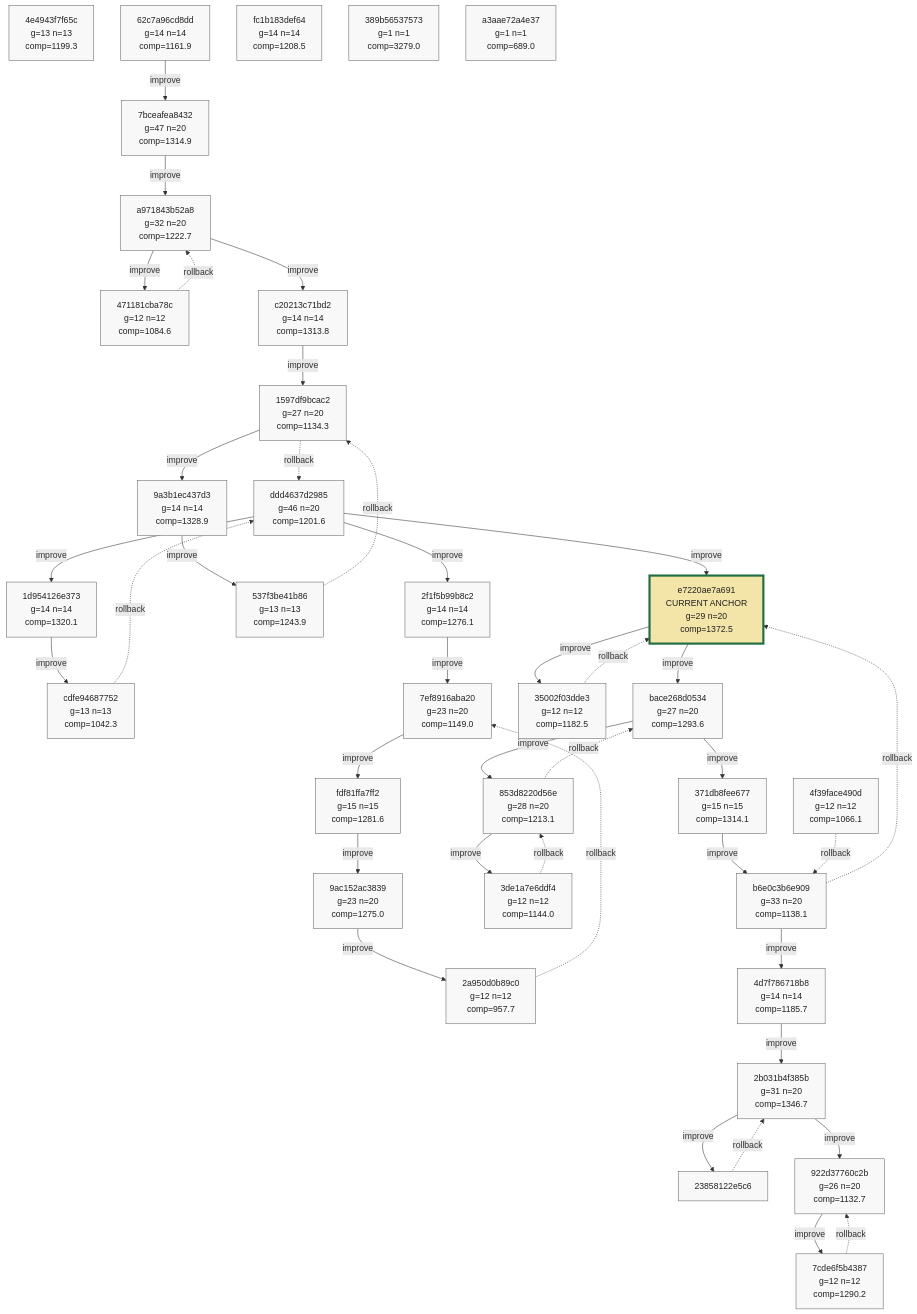
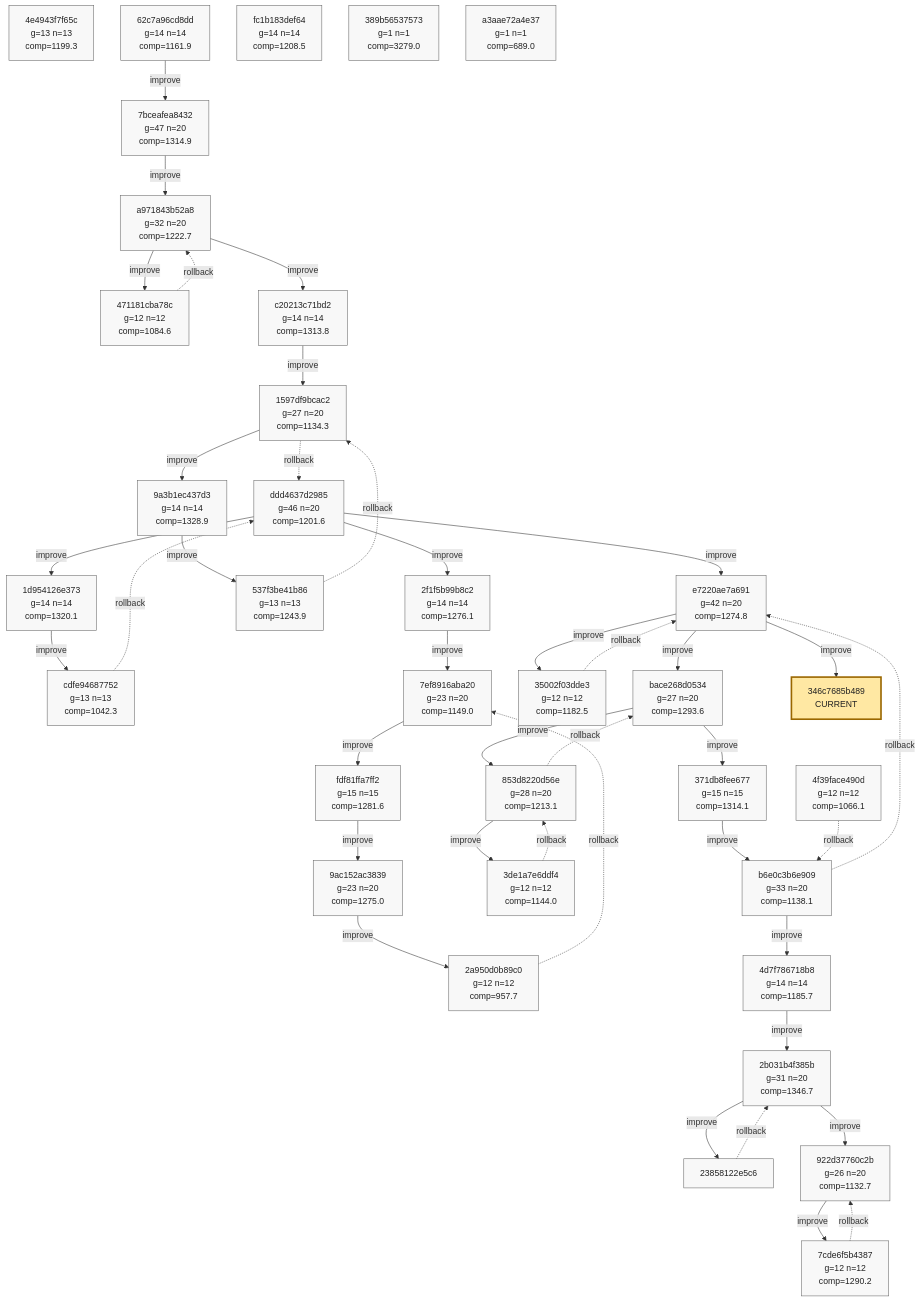
The ninth of 9 diagrams in phyrogenetic-tree.md (azumag/soviet_now), drawn with Mermaid before and after one commit. The commit also changed other lines of this file and 2 other files, not shown here.

Commit message:
eloop Improve after 12 games (scores: 1766 1066 2266 1257 2369 1216 862 694 1583 999 2813 1232)

````diff
--- a/phyrogenetic-tree.md
+++ b/phyrogenetic-tree.md
@@ -2264,7 +2266,7 @@
     h_1597df9bcac2["1597df9bcac2<br/>g=27 n=20<br/>comp=1134.3"]
     h_9a3b1ec437d3["9a3b1ec437d3<br/>g=14 n=14<br/>comp=1328.9"]
     h_537f3be41b86["537f3be41b86<br/>g=13 n=13<br/>comp=1243.9"]
-    h_e7220ae7a691["e7220ae7a691<br/>CURRENT ANCHOR<br/>g=29 n=20<br/>comp=1372.5"]
+    h_e7220ae7a691["e7220ae7a691<br/>g=42 n=20<br/>comp=1274.8"]
     h_35002f03dde3["35002f03dde3<br/>g=12 n=12<br/>comp=1182.5"]
     h_bace268d0534["bace268d0534<br/>g=27 n=20<br/>comp=1293.6"]
     h_853d8220d56e["853d8220d56e<br/>g=28 n=20<br/>comp=1213.1"]
@@ -2280,6 +2282,7 @@
     h_4f39face490d["4f39face490d<br/>g=12 n=12<br/>comp=1066.1"]
     h_389b56537573["389b56537573<br/>g=1 n=1<br/>comp=3279.0"]
     h_a3aae72a4e37["a3aae72a4e37<br/>g=1 n=1<br/>comp=689.0"]
+    h_346c7685b489["346c7685b489<br/>CURRENT"]
 
     h_ddd4637d2985 -->|improve| h_1d954126e373
     h_1d954126e373 -->|improve| h_cdfe94687752
@@ -2319,6 +2322,7 @@
     h_7cde6f5b4387 -. rollback .-> h_922d37760c2b
     h_4f39face490d -. rollback .-> h_b6e0c3b6e909
     h_b6e0c3b6e909 -. rollback .-> h_e7220ae7a691
+    h_e7220ae7a691 -->|improve| h_346c7685b489
 
     classDef plain fill:#f8f8f8,stroke:#666,stroke-width:1px,color:#222;
     classDef current fill:#ffe8a3,stroke:#9a6700,stroke-width:3px,color:#222;
@@ -2342,7 +2346,7 @@
     class h_1597df9bcac2 plain;
     class h_9a3b1ec437d3 plain;
     class h_537f3be41b86 plain;
-    class h_e7220ae7a691 current_anchor;
+    class h_e7220ae7a691 plain;
     class h_35002f03dde3 plain;
     class h_bace268d0534 plain;
     class h_853d8220d56e plain;
@@ -2358,4 +2362,5 @@
     class h_4f39face490d plain;
     class h_389b56537573 plain;
     class h_a3aae72a4e37 plain;
+    class h_346c7685b489 current;
 ```
````
